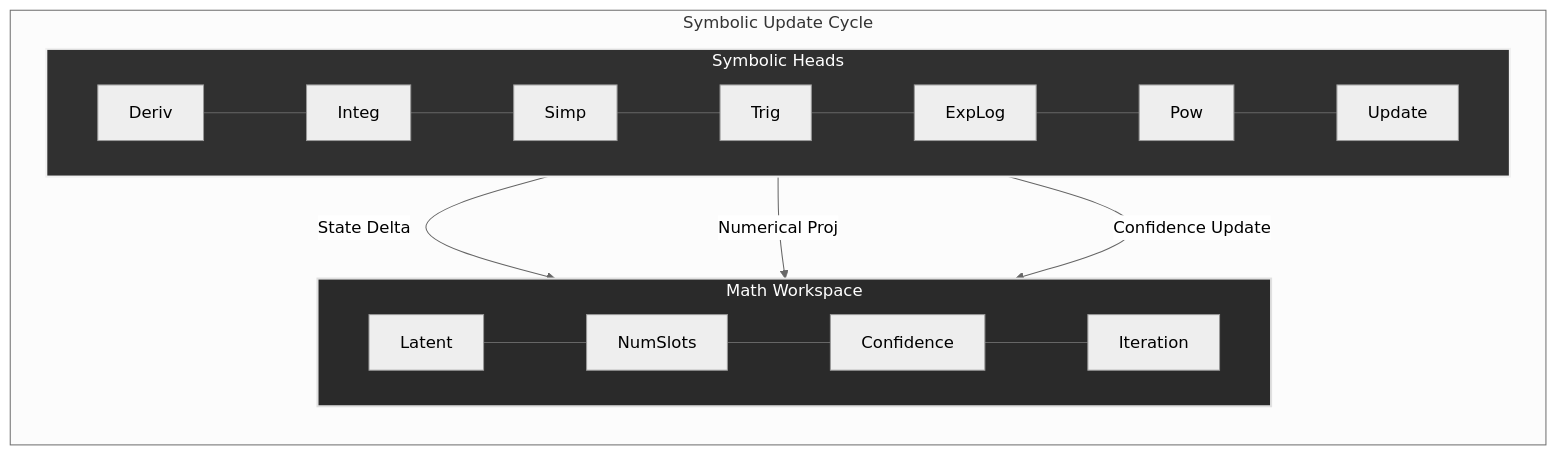
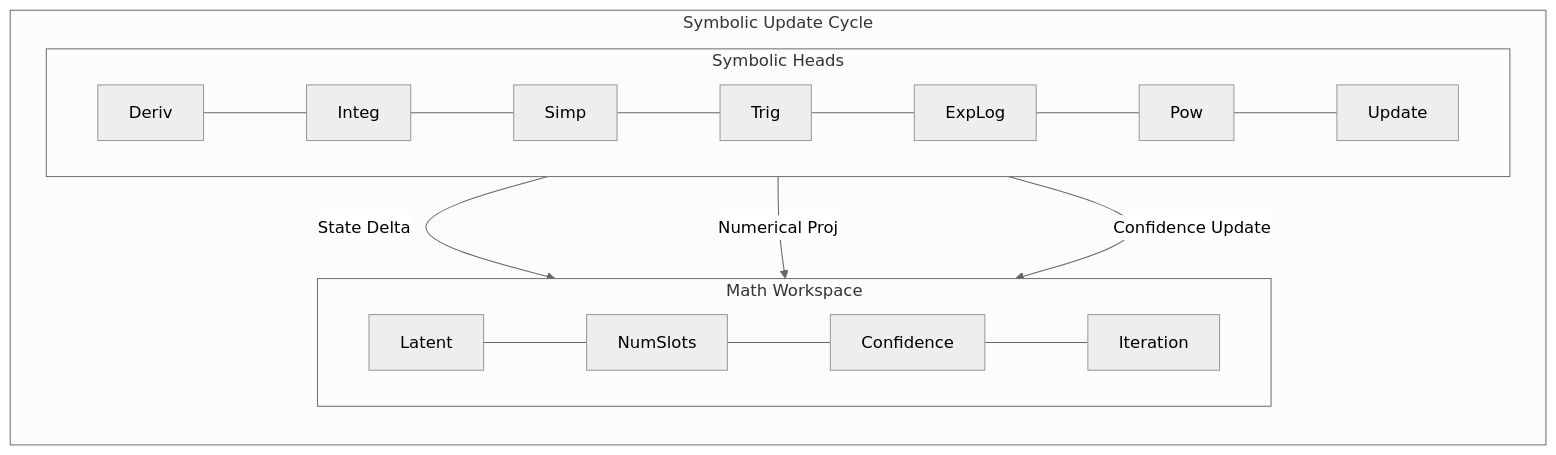
The fifth of 6 diagrams in README.md (Neutron-Binary-LLC/OpenMetis), drawn with Mermaid (neutral theme) before and after one commit. The commit also changed other lines of this file, not shown here.

Commit message:
Rename `HybridRecurrentMathBlock` to `NeuroSymbolicReasoningCell` across modules for consistency and clarity. Refactor imports accordingly.

````diff
--- a/README.md
+++ b/README.md
@@ -120,21 +120,21 @@
 ```mermaid
 graph LR
     subgraph Workspace_Update_Flow [Symbolic Update Cycle]
         direction TB
         subgraph Math_Heads [Symbolic Heads]
             direction LR
             Deriv[Deriv] --- Integ[Integ] --- Simp[Simp] --- Trig[Trig] --- ExpLog[ExpLog] --- Pow[Pow] --- Update[Update]
         end
         subgraph Workspace_State [Math Workspace]
             direction LR
             Latent[Latent] --- NumSlots[NumSlots] --- Conf[Confidence] --- Iter[Iteration]
         end
 
         Math_Heads -->|State Delta| Latent
         Math_Heads -->|Numerical Proj| NumSlots
         Math_Heads -->|Confidence Update| Conf
     end
 
-    style Workspace_State fill:#2a2a2a,stroke:#e0e0e0,stroke-width:2px,color:#ffffff
-    style Math_Heads fill:#303030,stroke:#f0f0f0,stroke-width:2px,color:#ffffff
+%%    style Workspace_State fill:#2a2a2a,stroke:#e0e0e0,stroke-width:2px,color:#ffffff
+%%    style Math_Heads fill:#303030,stroke:#f0f0f0,stroke-width:2px,color:#ffffff
 ```
````
